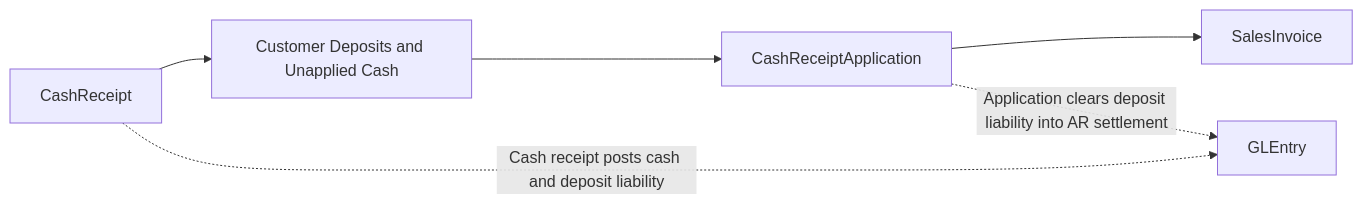
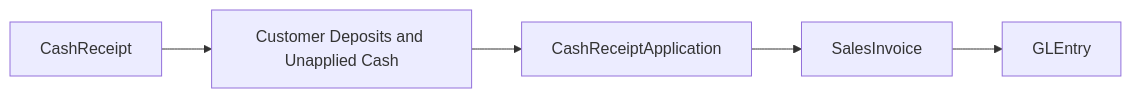
Before and after one commit to mmcodesso/greenfield_database: the fourth of 5 diagrams in docs/processes/o2c.md, drawn with Mermaid. The commit also changed other lines of this file, not shown here.

````diff
--- a/docs/processes/o2c.md
+++ b/docs/processes/o2c.md
@@ -85,12 +159,10 @@
 ```mermaid
 flowchart LR
     CR[CashReceipt]
     DEP[Customer Deposits and Unapplied Cash]
     CRA[CashReceiptApplication]
-    INV[SalesInvoice]
+    SI[SalesInvoice]
     GL[GLEntry]
 
-    CR --> DEP --> CRA --> INV
-    CR -. Cash receipt posts cash and deposit liability .-> GL
-    CRA -. Application clears deposit liability into AR settlement .-> GL
+    CR --> DEP --> CRA --> SI --> GL
 ```
````
